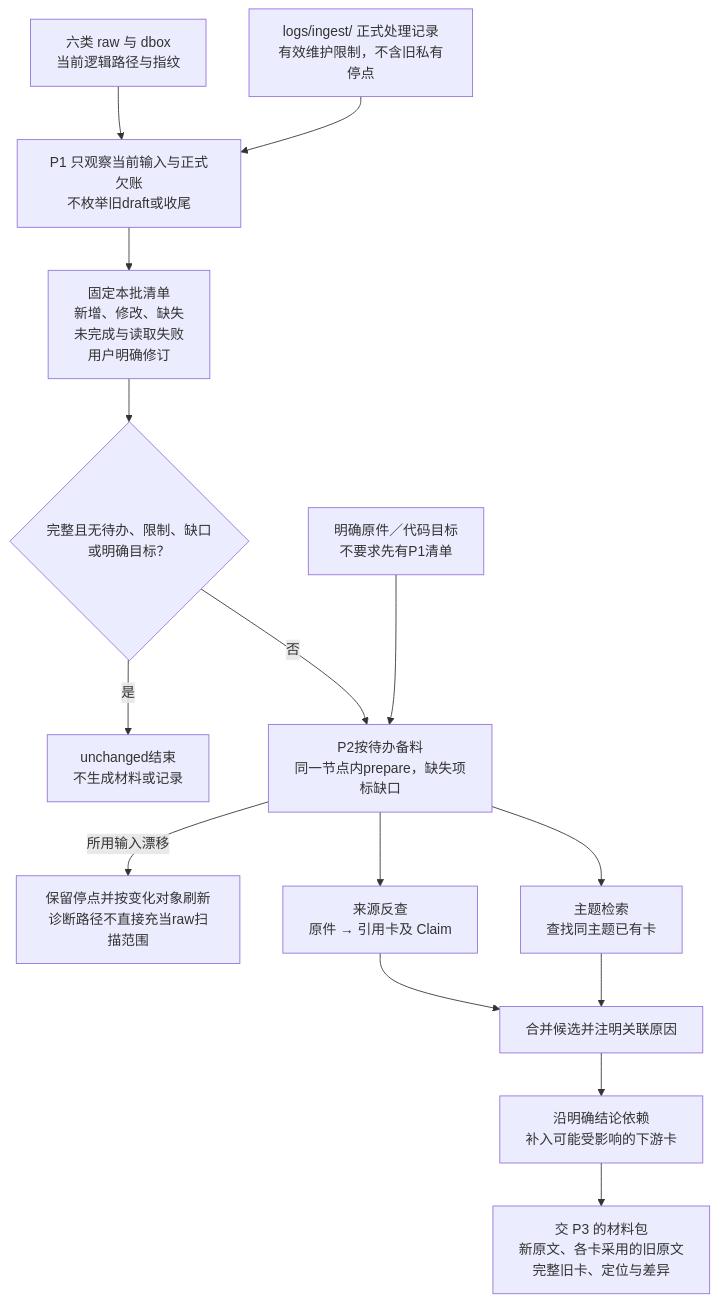
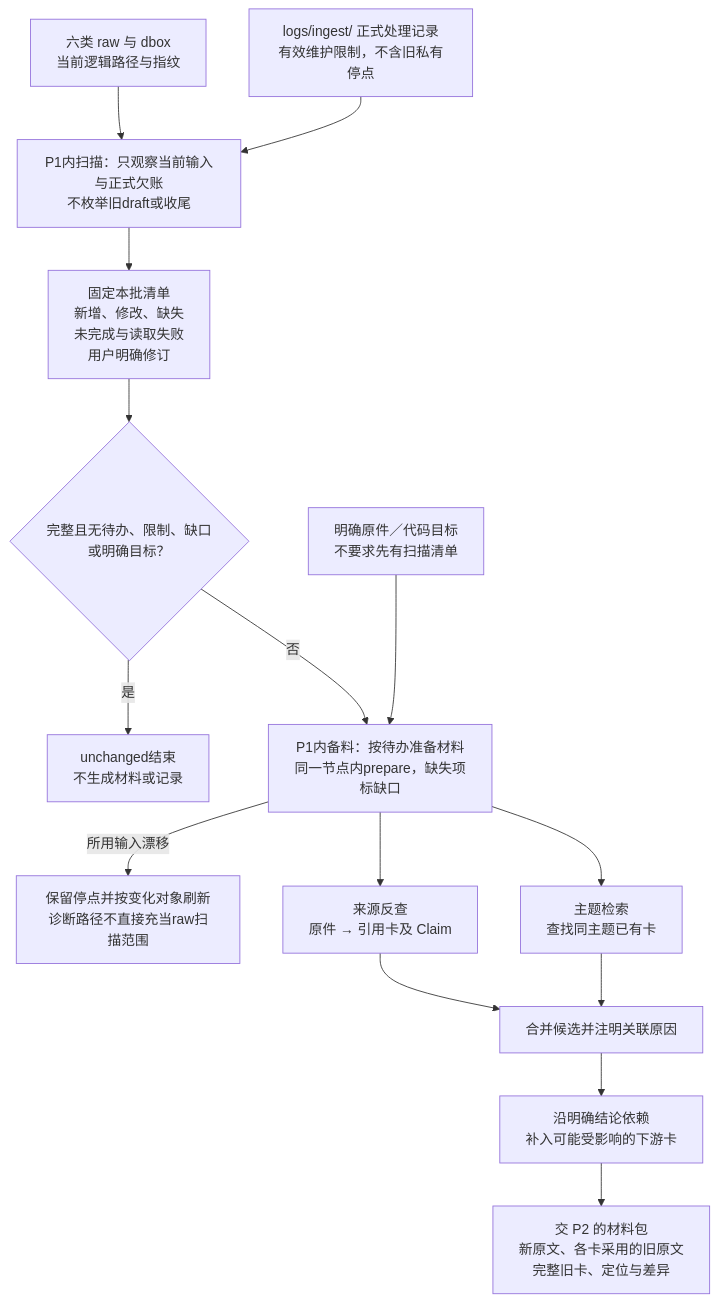
Before and after one commit to Robin-hhc/FactumCore: diagram 13 of 27 in himate/himate-knowledge-wifi-mp/docs-llm-wiki/知识库详细设计.md, drawn with Mermaid. The commit also changed other lines of this file and 190 other files, not shown here.

````diff
--- a/himate/himate-knowledge-wifi-mp/docs-llm-wiki/知识库详细设计.md
+++ b/himate/himate-knowledge-wifi-mp/docs-llm-wiki/知识库详细设计.md
@@ -495,17 +501,17 @@
 ```mermaid
 flowchart TD
-    RAW["六类 raw 与 dbox<br/>当前逻辑路径与指纹"] --> SCAN["P1 只观察当前输入与正式欠账<br/>不枚举旧draft或收尾"]
+    RAW["六类 raw 与 dbox<br/>当前逻辑路径与指纹"] --> SCAN["P1内扫描：只观察当前输入与正式欠账<br/>不枚举旧draft或收尾"]
     RECORD["logs/ingest/ 正式处理记录<br/>有效维护限制，不含旧私有停点"] --> SCAN
     SCAN --> LIST["固定本批清单<br/>新增、修改、缺失<br/>未完成与读取失败<br/>用户明确修订"]
     LIST --> TODO{"完整且无待办、限制、缺口或明确目标？"}
     TODO -->|是| END["unchanged结束<br/>不生成材料或记录"]
-    TODO -->|否| CAPTURE["P2按待办备料<br/>同一节点内prepare，缺失项标缺口"]
-    TARGET["明确原件／代码目标<br/>不要求先有P1清单"] --> CAPTURE
+    TODO -->|否| CAPTURE["P1内备料：按待办准备材料<br/>同一节点内prepare，缺失项标缺口"]
+    TARGET["明确原件／代码目标<br/>不要求先有扫描清单"] --> CAPTURE
     CAPTURE -->|所用输入漂移| DRIFT["保留停点并按变化对象刷新<br/>诊断路径不直接充当raw扫描范围"]
     CAPTURE --> REF["来源反查<br/>原件 → 引用卡及 Claim"]
     CAPTURE --> SEARCH["主题检索<br/>查找同主题已有卡"]
     REF --> POOL["合并候选并注明关联原因"]
     SEARCH --> POOL
     POOL --> DEP["沿明确结论依赖<br/>补入可能受影响的下游卡"]
-    DEP --> MAT["交 P3 的材料包<br/>新原文、各卡采用的旧原文<br/>完整旧卡、定位与差异"]
+    DEP --> MAT["交 P2 的材料包<br/>新原文、各卡采用的旧原文<br/>完整旧卡、定位与差异"]
 ```
````
